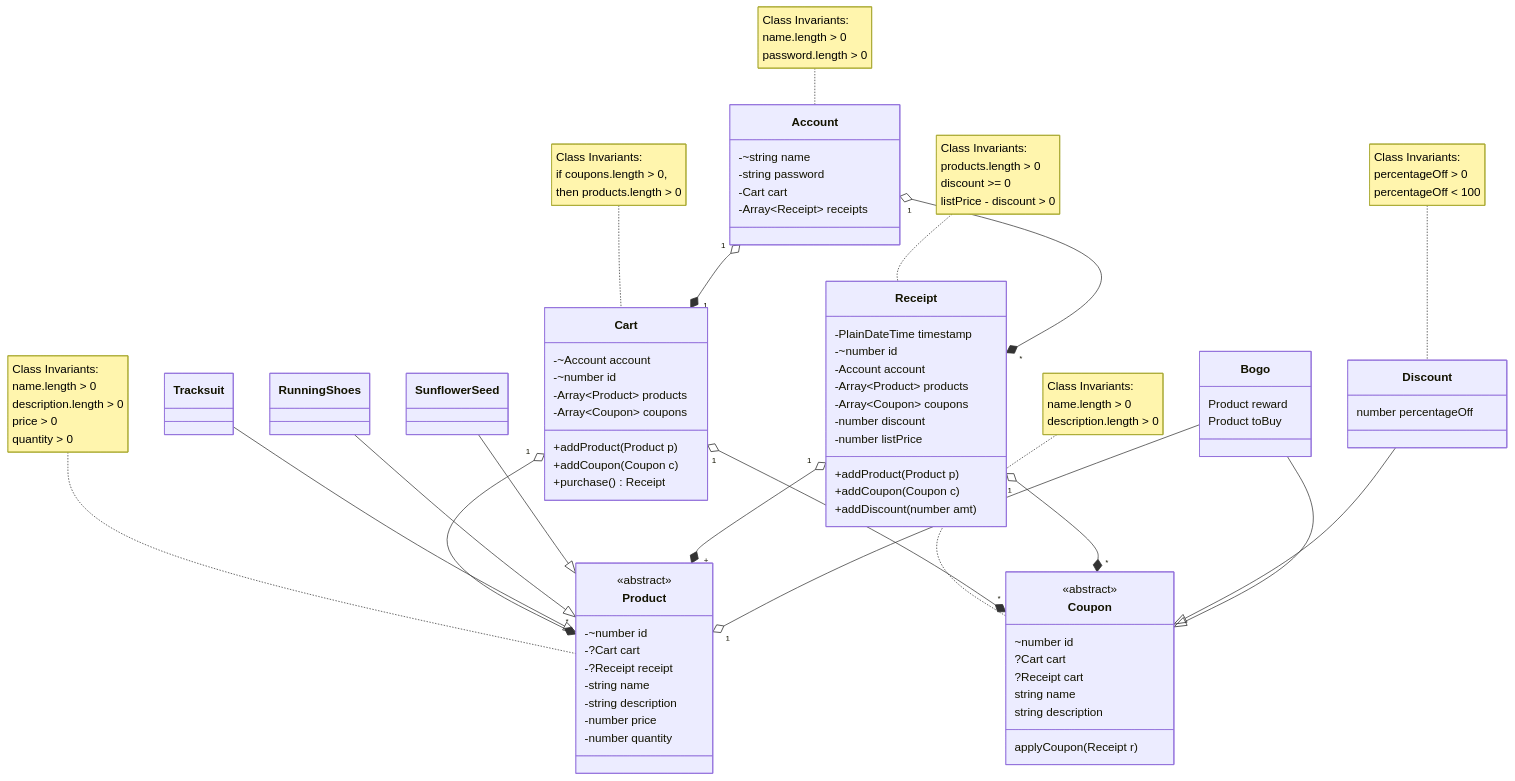
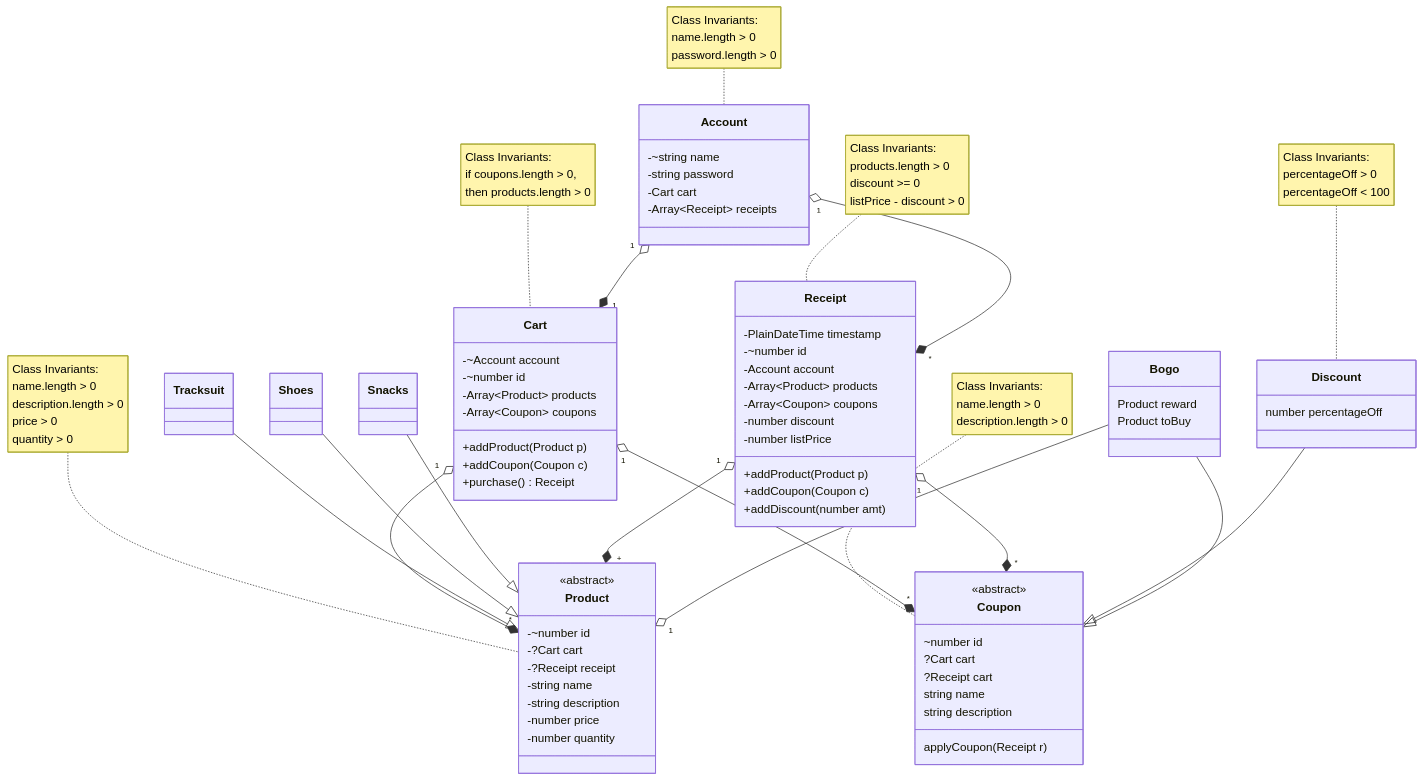
Before and after one commit to NarekVeranyan05/point_of_sale: the diagram in domain.md, drawn with Mermaid. The commit also changed other lines of this file and 45 other files, not shown here.

```diff
--- a/domain.md
+++ b/domain.md
@@ -75,13 +75,13 @@
 
 Tracksuit --|> Product
 
-class RunningShoes { }
+class Shoes { }
 
-RunningShoes --|> Product
+Shoes --|> Product
 
-class SunflowerSeed { }
+class Snacks { }
 
-SunflowerSeed --|> Product
+Snacks --|> Product
 
 class Receipt {
     -PlainDateTime timestamp
```
